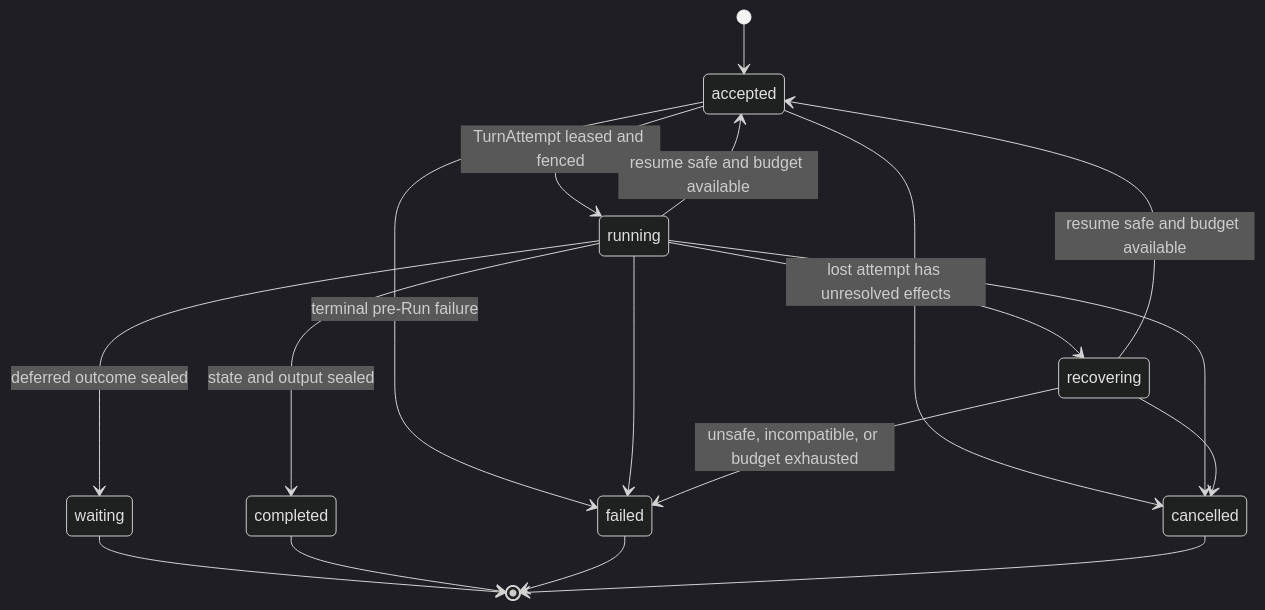
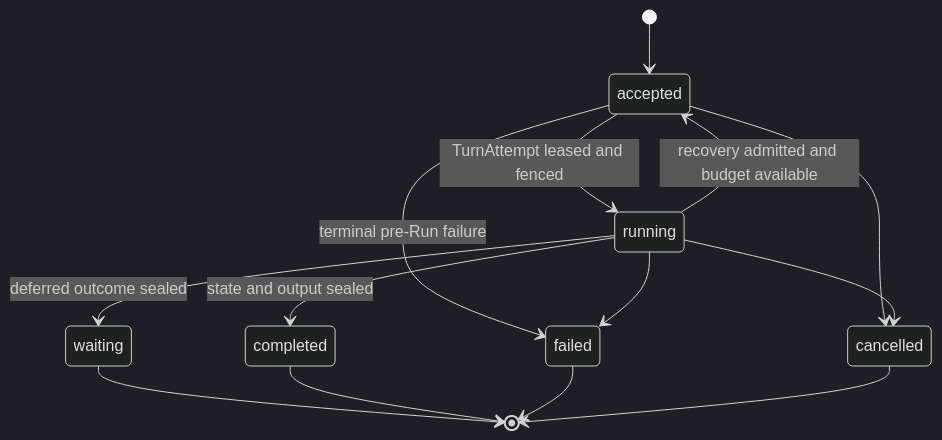
The first of 4 diagrams in spec/foundation-service/12-turn-persistence.md (converge-ai-labs/agent-foundation), drawn with Mermaid (dark theme) before and after one commit. The commit also changed other lines of this file and 8 other files, not shown here.

````diff
--- a/spec/foundation-service/12-turn-persistence.md
+++ b/spec/foundation-service/12-turn-persistence.md
@@ -269,20 +255,16 @@
 ```mermaid
 stateDiagram-v2
     [*] --> accepted
     accepted --> running: TurnAttempt leased and fenced
     accepted --> failed: terminal pre-Run failure
     accepted --> cancelled
-    running --> accepted: resume safe and budget available
-    running --> recovering: lost attempt has unresolved effects
+    running --> accepted: recovery admitted and budget available
     running --> waiting: deferred outcome sealed
     running --> completed: state and output sealed
     running --> failed
     running --> cancelled
-    recovering --> accepted: resume safe and budget available
-    recovering --> failed: unsafe, incompatible, or budget exhausted
-    recovering --> cancelled
     waiting --> [*]
     completed --> [*]
     failed --> [*]
     cancelled --> [*]
 ```
````
